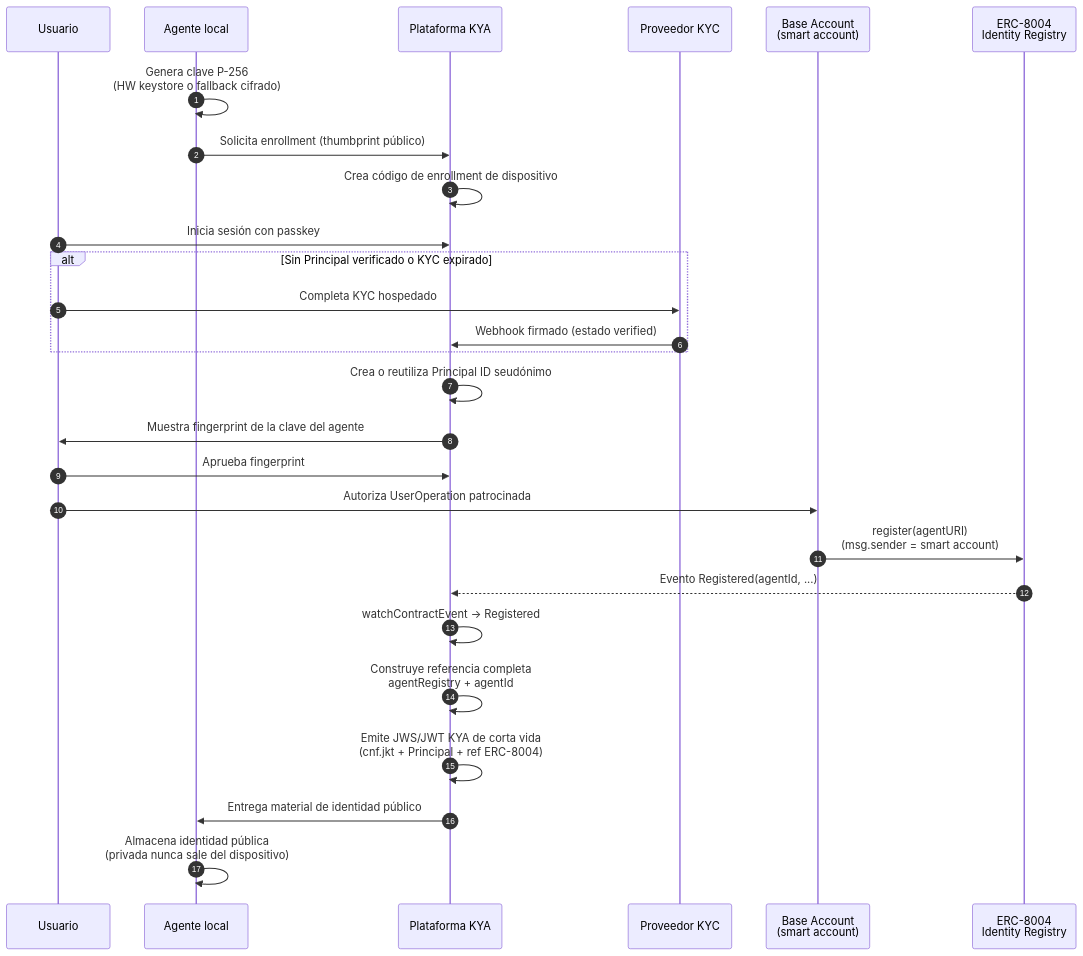
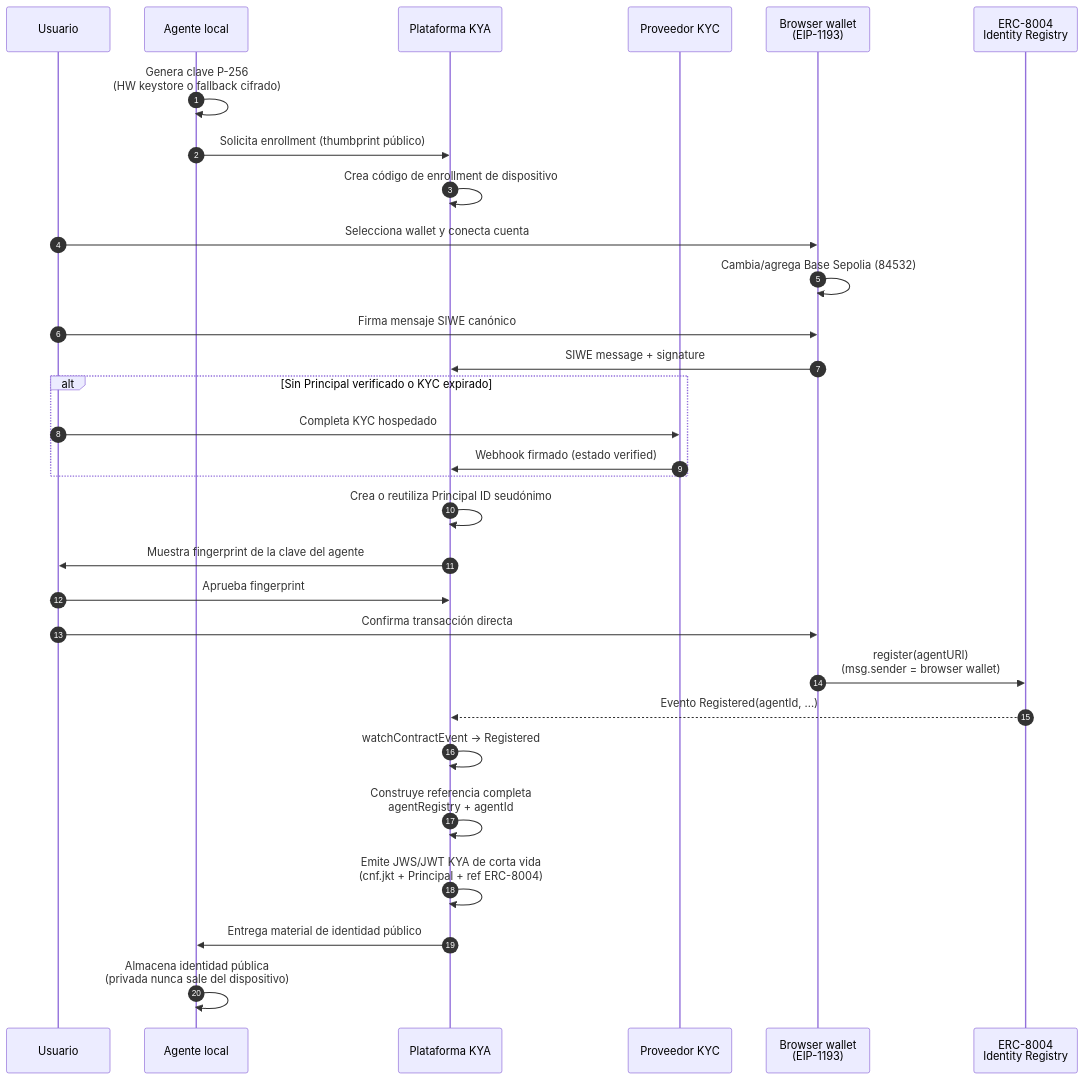
Before and after one commit to ram4-dev/nextwave_hackathon: the first of 2 diagrams in FLOW.md, drawn with Mermaid. The commit also changed other lines of this file and 26 other files, not shown here.

````diff
--- a/FLOW.md
+++ b/FLOW.md
@@ -21,30 +32,33 @@
 ```mermaid
 sequenceDiagram
   autonumber
   participant U as Usuario
   participant A as Agente local
   participant K as Plataforma KYA
   participant KYC as Proveedor KYC
-  participant BA as Base Account<br/>(smart account)
+  participant BW as Browser wallet<br/>(EIP-1193)
   participant IR as ERC-8004<br/>Identity Registry
 
   A->>A: Genera clave P-256<br/>(HW keystore o fallback cifrado)
   A->>K: Solicita enrollment (thumbprint público)
   K->>K: Crea código de enrollment de dispositivo
-  U->>K: Inicia sesión con passkey
+  U->>BW: Selecciona wallet y conecta cuenta
+  BW->>BW: Cambia/agrega Base Sepolia (84532)
+  U->>BW: Firma mensaje SIWE canónico
+  BW->>K: SIWE message + signature
   alt Sin Principal verificado o KYC expirado
     U->>KYC: Completa KYC hospedado
     KYC->>K: Webhook firmado (estado verified)
   end
   K->>K: Crea o reutiliza Principal ID seudónimo
   K->>U: Muestra fingerprint de la clave del agente
   U->>K: Aprueba fingerprint
-  U->>BA: Autoriza UserOperation patrocinada
-  BA->>IR: register(agentURI)<br/>(msg.sender = smart account)
+  U->>BW: Confirma transacción directa
+  BW->>IR: register(agentURI)<br/>(msg.sender = browser wallet)
   IR-->>K: Evento Registered(agentId, ...)
   K->>K: watchContractEvent → Registered
   K->>K: Construye referencia completa<br/>agentRegistry + agentId
   K->>K: Emite JWS/JWT KYA de corta vida<br/>(cnf.jkt + Principal + ref ERC-8004)
   K->>A: Entrega material de identidad público
   A->>A: Almacena identidad pública<br/>(privada nunca sale del dispositivo)
 ```
````
